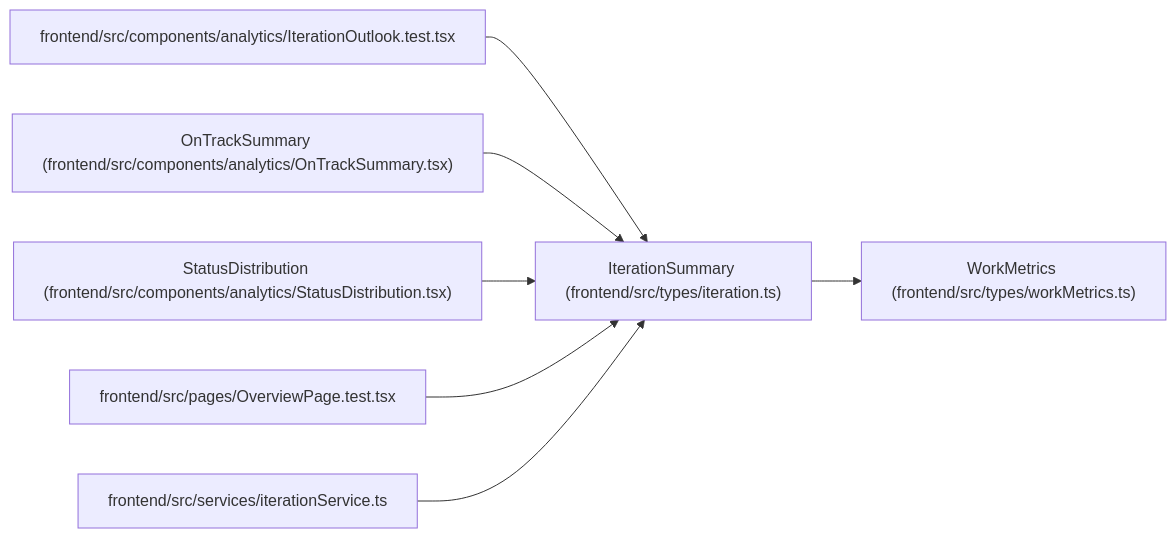
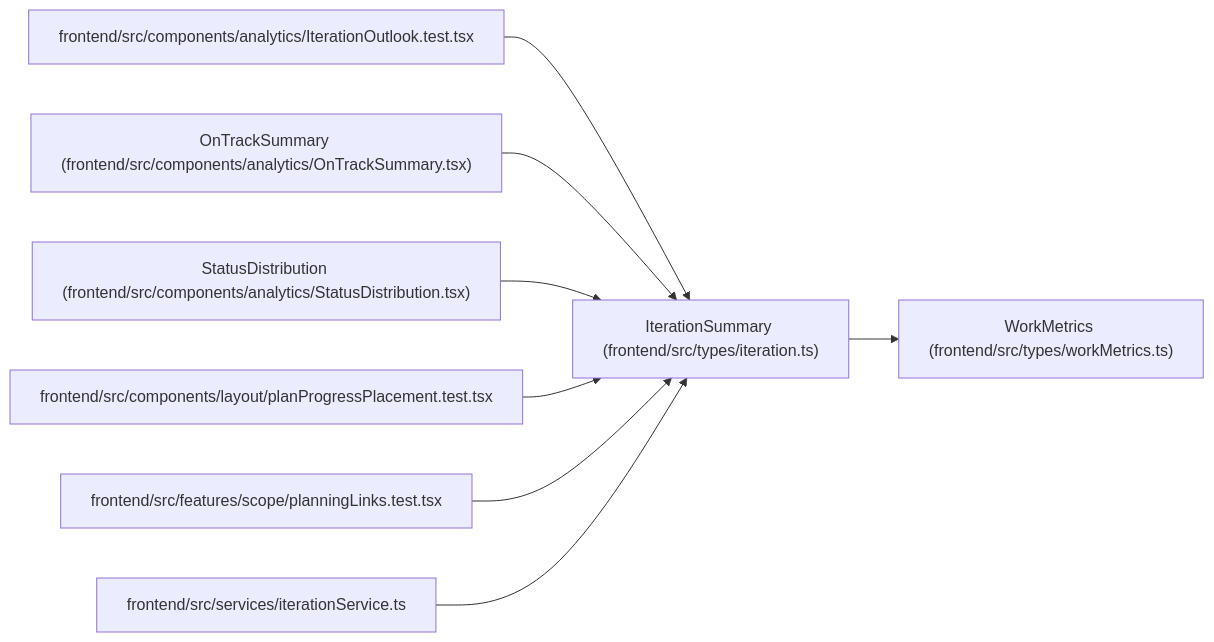
Before and after one commit to Denissvgn/WorkChord: the diagram in docs/llm_wiki/entities/types_iteration_IterationSummary.md, drawn with Mermaid. The commit also changed other lines of this file and 2373 other files, not shown here.

````diff
--- a/docs/llm_wiki/entities/types_iteration_IterationSummary.md
+++ b/docs/llm_wiki/entities/types_iteration_IterationSummary.md
@@ -42,23 +42,26 @@
 ```mermaid
 flowchart LR
     n0["IterationSummary (frontend/src/types/iteration.ts)"]
     n1["WorkMetrics (frontend/src/types/workMetrics.ts)"]
     n2["frontend/src/components/analytics/IterationOutlook.test.tsx"]
     n3["OnTrackSummary (frontend/src/components/analytics/OnTrackSummary.tsx)"]
     n4["StatusDistribution (frontend/src/components/analytics/StatusDistribution.tsx)"]
-    n5["frontend/src/pages/OverviewPage.test.tsx"]
-    n6["frontend/src/services/iterationService.ts"]
+    n5["frontend/src/components/layout/planProgressPlacement.test.tsx"]
+    n6["frontend/src/features/scope/planningLinks.test.tsx"]
+    n7["frontend/src/services/iterationService.ts"]
     n0 --> n1
     n2 --> n0
     n3 --> n0
     n4 --> n0
     n5 --> n0
     n6 --> n0
+    n7 --> n0
     click n0 "../modules/types_iteration.md"
     click n1 "../modules/workMetrics.md"
     click n2 "../modules/IterationOutlook.test.md"
     click n3 "../modules/OnTrackSummary.md"
     click n4 "../modules/StatusDistribution.md"
-    click n5 "../modules/OverviewPage.test.md"
-    click n6 "../modules/iterationService.md"
+    click n5 "../modules/planProgressPlacement.test.md"
+    click n6 "../modules/planningLinks.test.md"
+    click n7 "../modules/iterationService.md"
 ```
````
